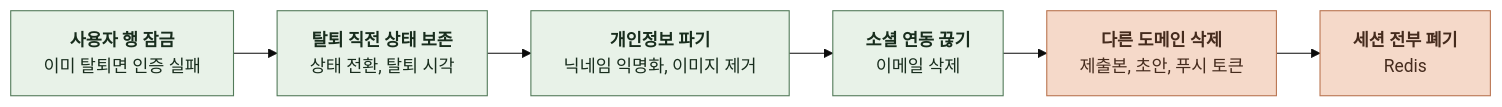
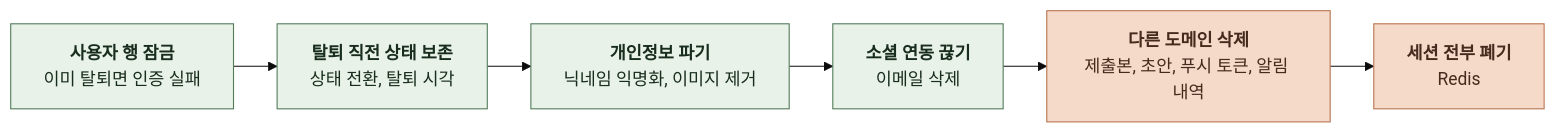
Diagram 13 of 16 in docs/domain/ACCOUNT/BACKEND/4-1-PIPELINES.md (KIM-N-KANG/knk-harness), drawn with Mermaid (base theme) before and after one commit. The commit also changed other lines of this file and 128 other files, not shown here.

````diff
--- a/docs/domain/ACCOUNT/BACKEND/4-1-PIPELINES.md
+++ b/docs/domain/ACCOUNT/BACKEND/4-1-PIPELINES.md
@@ -431,19 +431,19 @@
 ```mermaid
 %%{init: {"flowchart": {"curve": "basis", "nodeSpacing": 24, "rankSpacing": 40}}}%%
 flowchart LR
     A["`**사용자 행 잠금**
 이미 탈퇴면 인증 실패`"] --> B["`**탈퇴 직전 상태 보존**
 상태 전환, 탈퇴 시각`"]
     B --> C["`**개인정보 파기**
 닉네임 익명화, 이미지 제거`"]
     C --> D["`**소셜 연동 끊기**
 이메일 삭제`"]
     D --> E["`**다른 도메인 삭제**
-제출본, 초안, 푸시 토큰`"]
+제출본, 초안, 푸시 토큰, 알림 내역`"]
     E --> F["`**세션 전부 폐기**
 Redis`"]
     classDef comp fill:#E8F2E8,stroke:#527A59,color:#182D1D
     classDef task fill:#F5D9C9,stroke:#B97450,color:#452B1D
     class A,B,C,D comp
     class E,F task
 ```
````
